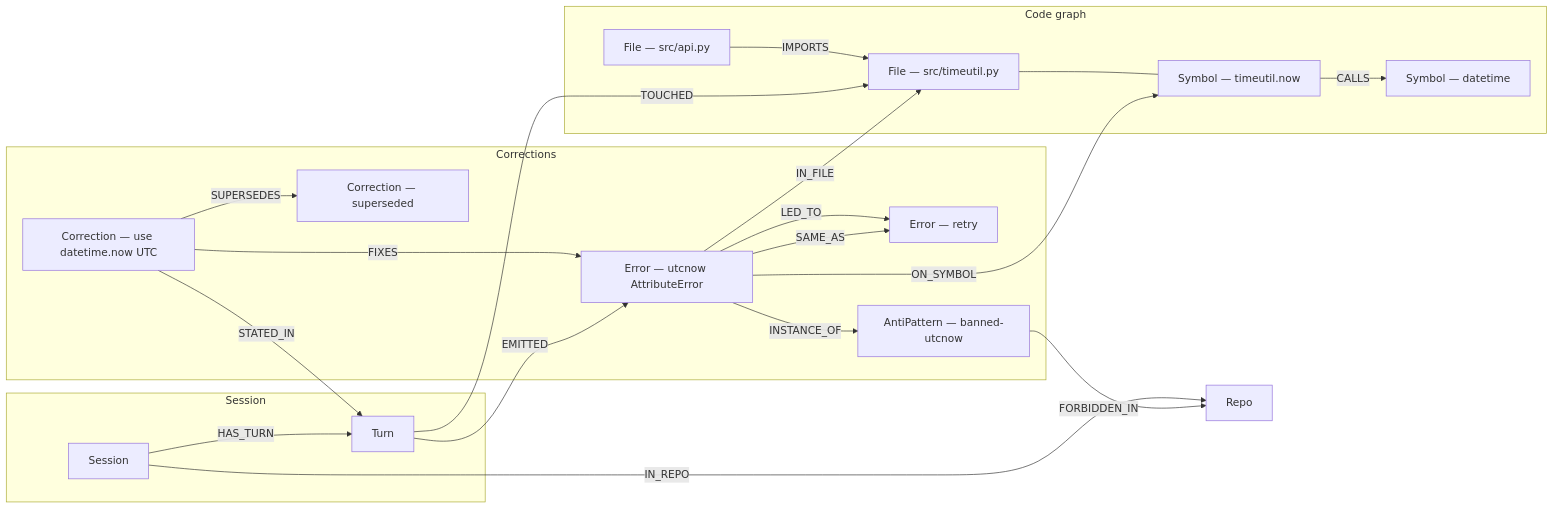
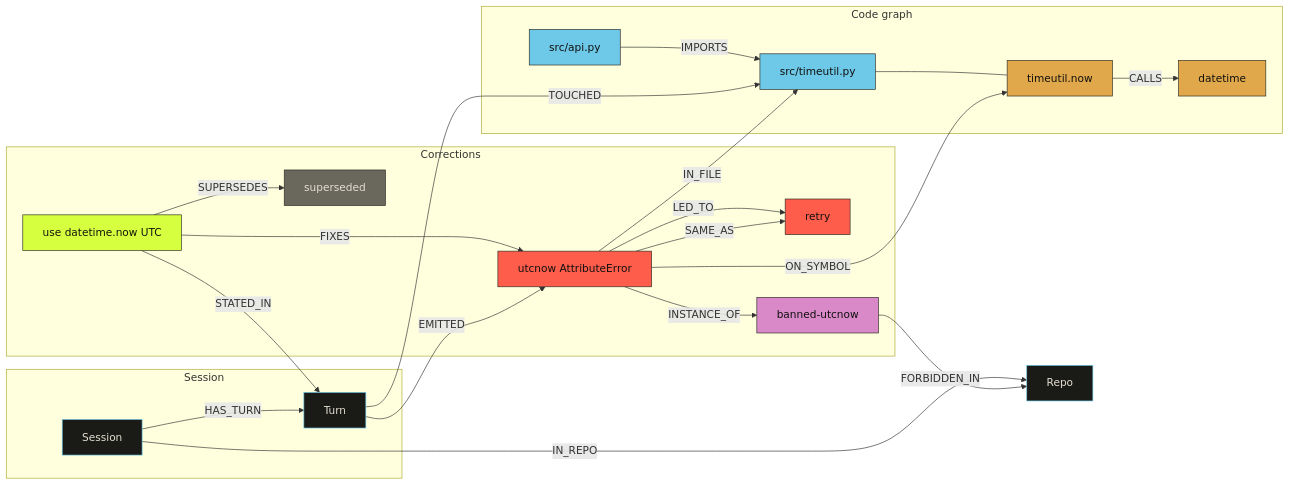
The diagram in README.md (fozagtx/scar), drawn with Mermaid before and after one commit. The commit also changed other lines of this file, not shown here.

Commit message:
Color the README mermaid nodes and add stack badges.

````diff
--- a/README.md
+++ b/README.md
@@ -20,39 +29,47 @@
 ```mermaid
 flowchart LR
   subgraph session["Session"]
-    Session
-    Turn
+    Session:::sess
+    Turn:::sess
     Session -->|HAS_TURN| Turn
   end
 
   subgraph code["Code graph"]
-    Importer["File — src/api.py"]
-    File["File — src/timeutil.py"]
-    Symbol["Symbol — timeutil.now"]
-    Callee["Symbol — datetime"]
-    Importer -->|IMPORTS| File
-    File --- Symbol
+    Importer["src/api.py"]:::file
+    FileN["src/timeutil.py"]:::file
+    Symbol["timeutil.now"]:::sym
+    Callee["datetime"]:::sym
+    Importer -->|IMPORTS| FileN
+    FileN --- Symbol
     Symbol -->|CALLS| Callee
   end
 
   subgraph scars["Corrections"]
-    Fail["Error — utcnow AttributeError"]
-    Retry["Error — retry"]
-    Live["Correction — use datetime.now UTC"]
-    Dead["Correction — superseded"]
-    AP["AntiPattern — banned-utcnow"]
+    Fail["utcnow AttributeError"]:::error
+    Retry["retry"]:::error
+    Live["use datetime.now UTC"]:::corr
+    Dead["superseded"]:::dead
+    AP["banned-utcnow"]:::ap
     Fail -->|LED_TO| Retry
     Fail -->|SAME_AS| Retry
     Live -->|FIXES| Fail
     Live -->|SUPERSEDES| Dead
     Fail -->|INSTANCE_OF| AP
   end
 
-  Session -->|IN_REPO| Repo
-  Turn -->|TOUCHED| File
+  Session -->|IN_REPO| Repo:::sess
+  Turn -->|TOUCHED| FileN
   Turn -->|EMITTED| Fail
-  Fail -->|IN_FILE| File
+  Fail -->|IN_FILE| FileN
   Fail -->|ON_SYMBOL| Symbol
   Live -->|STATED_IN| Turn
   AP -->|FORBIDDEN_IN| Repo
+
+  classDef file fill:#6ec8e8,stroke:#2c2c26,color:#10100e
+  classDef error fill:#ff5d4c,stroke:#2c2c26,color:#10100e
+  classDef corr fill:#d6ff3f,stroke:#2c2c26,color:#14150a
+  classDef sym fill:#e0a84a,stroke:#2c2c26,color:#10100e
+  classDef ap fill:#d989c8,stroke:#2c2c26,color:#10100e
+  classDef dead fill:#6a675c,stroke:#2c2c26,color:#e4dfd2
+  classDef sess fill:#1a1a16,stroke:#6ec8e8,color:#e4dfd2
 ```
````
